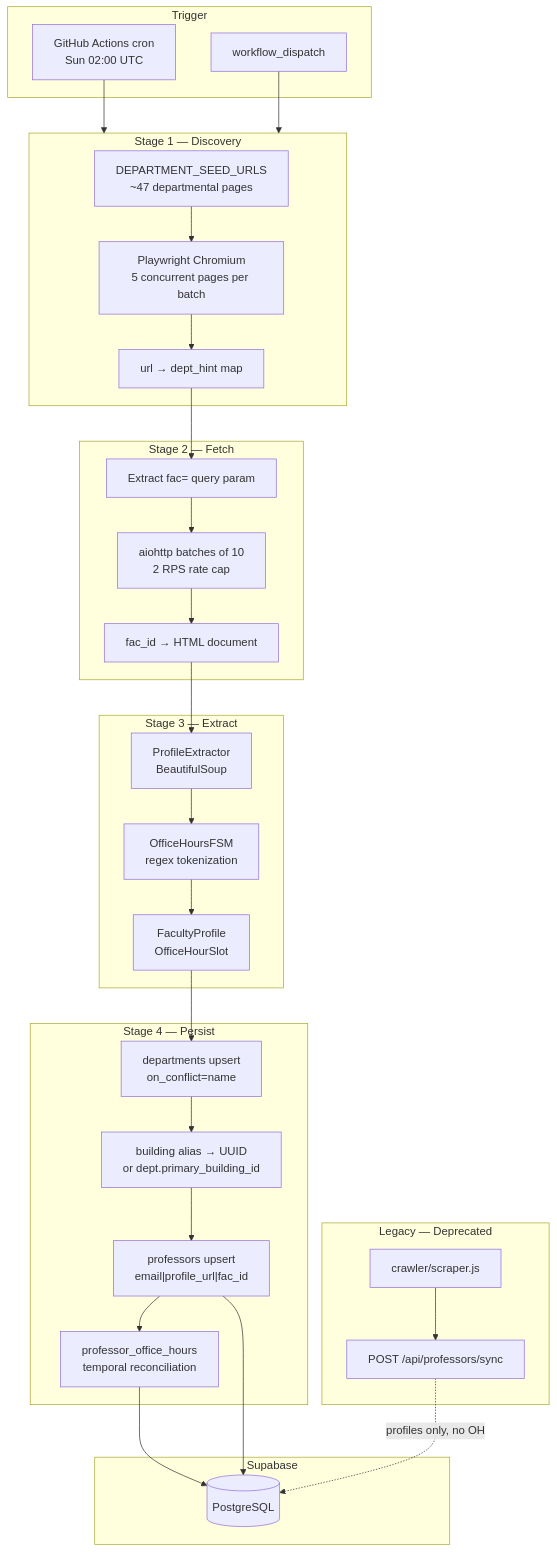
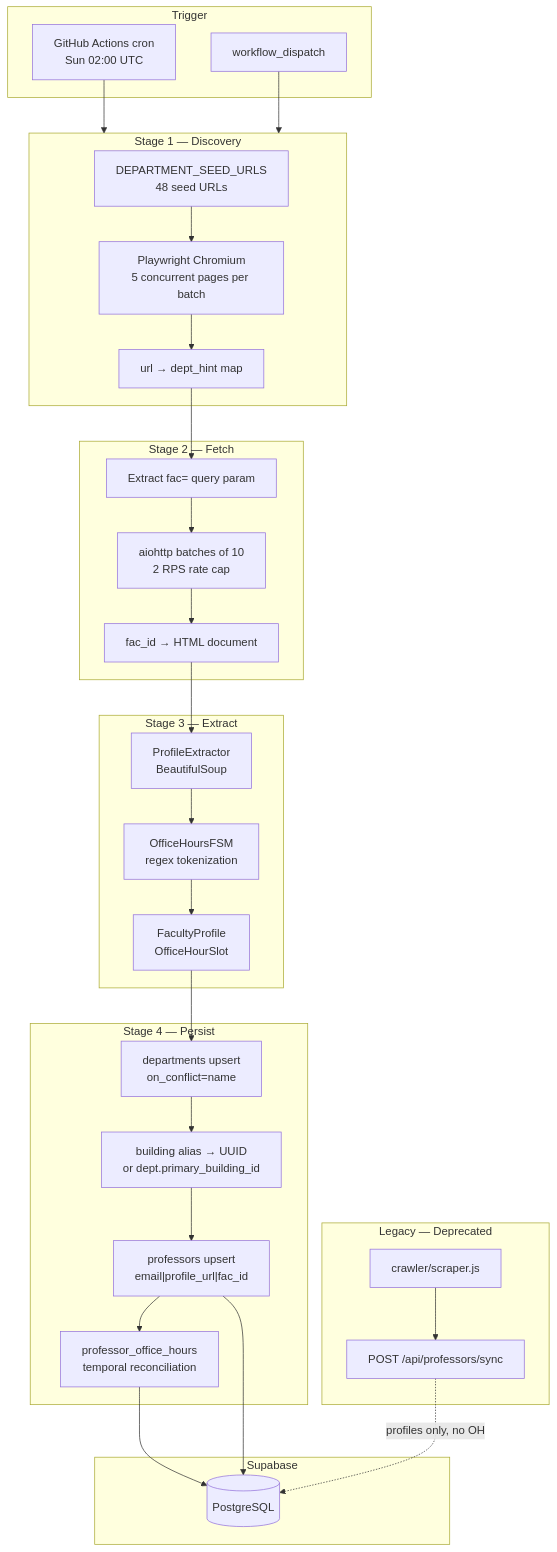
One commit to hmhngx/dson-study-spaces changed the second of 4 diagrams in ARCHITECTURE.md. Above: the diagram before and after it, drawn with Mermaid. The commit also changed other lines of this file and 2 other files, not shown here.

````diff
--- a/ARCHITECTURE.md
+++ b/ARCHITECTURE.md
@@ -85,52 +100,52 @@
 ```mermaid
 flowchart TB
   subgraph trigger [Trigger]
     Cron["GitHub Actions cron\nSun 02:00 UTC"]
     Manual["workflow_dispatch"]
   end
 
   subgraph stage1 [Stage 1 — Discovery]
-    Seeds["DEPARTMENT_SEED_URLS\n~47 departmental pages"]
+    Seeds["DEPARTMENT_SEED_URLS\n48 seed URLs"]
     PW["Playwright Chromium\n5 concurrent pages per batch"]
     Seeds --> PW
     PW --> URLMap["url → dept_hint map"]
   end
 
   subgraph stage2 [Stage 2 — Fetch]
     FacExtract["Extract fac= query param"]
     AIO["aiohttp batches of 10\n2 RPS rate cap"]
     URLMap --> FacExtract --> AIO
     AIO --> HTML["fac_id → HTML document"]
   end
 
   subgraph stage3 [Stage 3 — Extract]
     BS4["ProfileExtractor\nBeautifulSoup"]
     FSM["OfficeHoursFSM\nregex tokenization"]
     Pydantic["FacultyProfile\nOfficeHourSlot"]
     HTML --> BS4 --> FSM --> Pydantic
   end
 
   subgraph stage4 [Stage 4 — Persist]
     DeptUpsert["departments upsert\non_conflict=name"]
     BldgResolve["building alias → UUID\nor dept.primary_building_id"]
     ProfUpsert["professors upsert\nemail|profile_url|fac_id"]
     OHReconcile["professor_office_hours\ntemporal reconciliation"]
     Pydantic --> DeptUpsert --> BldgResolve --> ProfUpsert --> OHReconcile
   end
 
   subgraph db [Supabase]
     PG[(PostgreSQL)]
   end
 
   Cron --> stage1
   Manual --> stage1
   OHReconcile --> PG
   ProfUpsert --> PG
 
   subgraph legacy [Legacy — Deprecated]
     NodeCrawler["crawler/scraper.js"]
     ExpressSync["POST /api/professors/sync"]
     NodeCrawler --> ExpressSync
     ExpressSync -.->|"profiles only, no OH"| PG
   end
 ```
````
